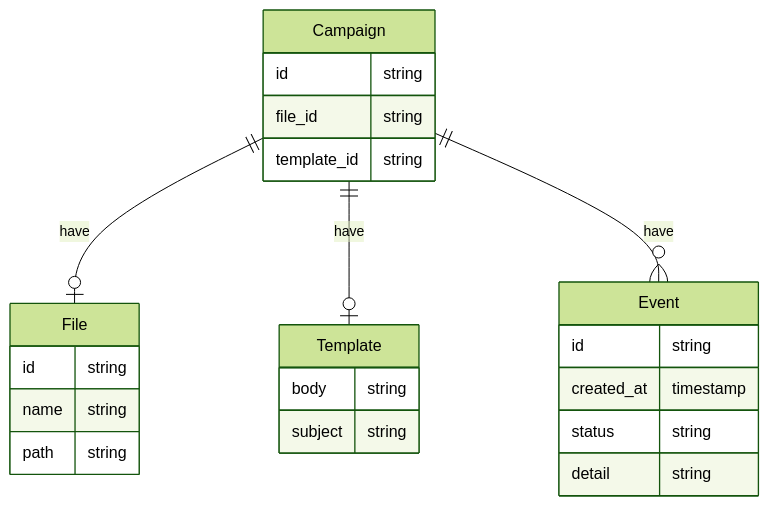
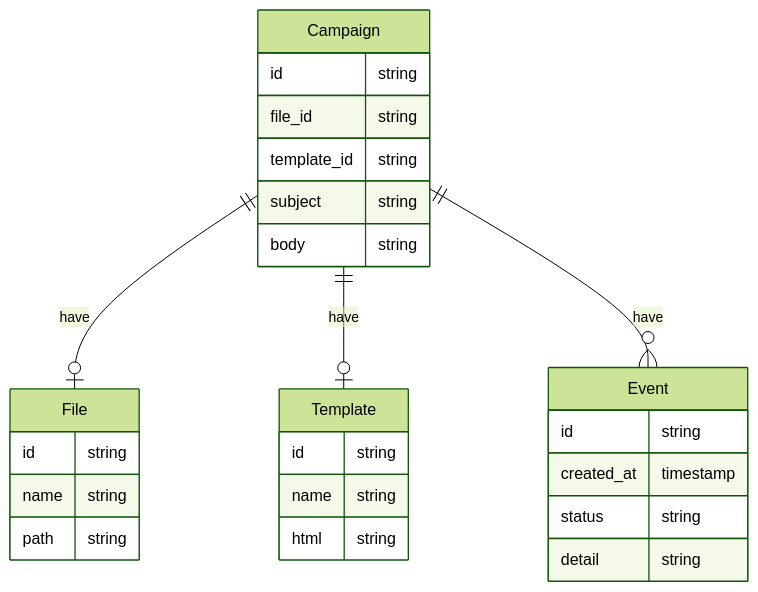
Before and after one commit to fahmifan/mailmerger-server: the diagram in README.md, drawn with Mermaid (forest theme). The commit also changed other lines of this file and 27 other files, not shown here.

````diff
--- a/README.md
+++ b/README.md
@@ -27,28 +32,31 @@
 ```mermaid
 erDiagram
 	Campaign ||--o| File: have
 	Campaign ||--o| Template: have
 	Campaign ||--o{ Event: have
 
 	Campaign {
 		id string
 		file_id string
 		template_id string
+		subject string
+		body string
 	}
 	File {
 		id string
 		name string
 		path string
 	}
 	Template {
-		body string
-		subject string
+		id string
+		name string
+		html string
 	}
 	Event {
 		id string
 		created_at timestamp
 		status string
 		detail string
 	}
 
 ```
````
